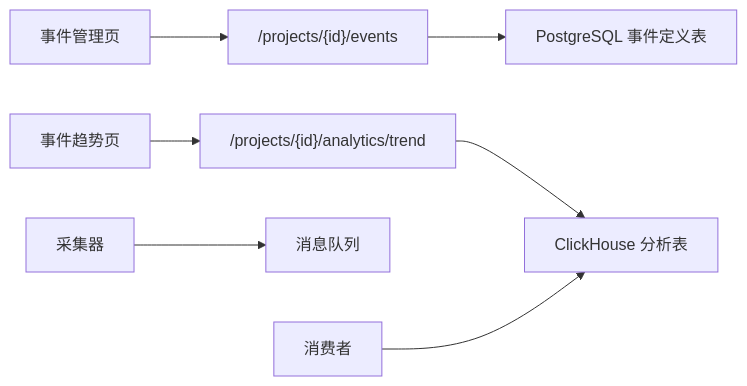
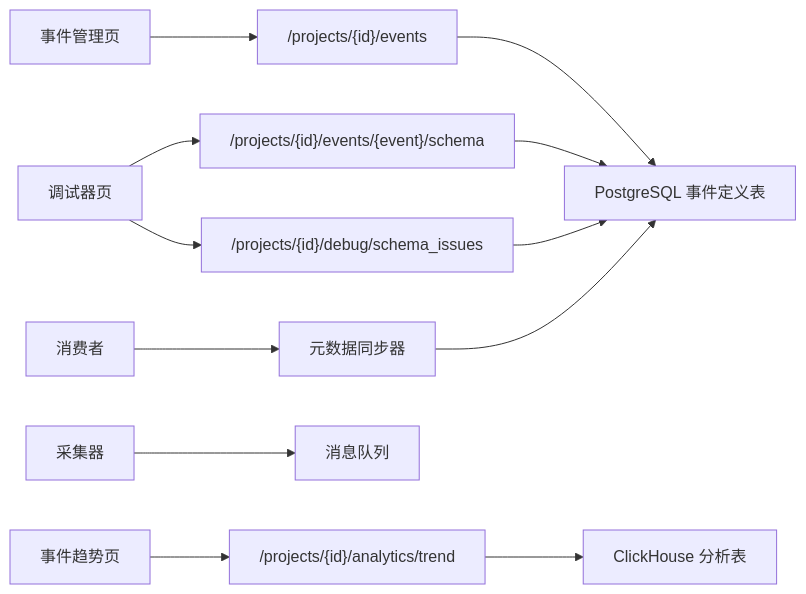
One commit to zhen-zhong/AeroLog changed diagram 11 of 11 in .qoder/repowiki/zh/content/Web控制台/事件管理功能.md. Above: the diagram before and after it, drawn with Mermaid. The commit also changed other lines of this file and 130 other files, not shown here.

````diff
--- a/.qoder/repowiki/zh/content/Web控制台/事件管理功能.md
+++ b/.qoder/repowiki/zh/content/Web控制台/事件管理功能.md
@@ -314,9 +488,14 @@
 ```mermaid
 graph LR
 WEB_ADMIN["事件管理页"] --> API_LIST["/projects/{id}/events"]
 WEB_CONSOLE_EVENT["事件趋势页"] --> API_TREND["/projects/{id}/analytics/trend"]
+WEB_CONSOLE_DEBUGGER["调试器页"] --> API_SCHEMA["/projects/{id}/events/{event}/schema"]
+WEB_CONSOLE_DEBUGGER --> API_SCHEMA_ISSUES["/projects/{id}/debug/schema_issues"]
 API_LIST --> PG["PostgreSQL 事件定义表"]
+API_SCHEMA --> PG
+API_SCHEMA_ISSUES --> PG
 API_TREND --> CH["ClickHouse 分析表"]
 COLLECTOR["采集器"] --> MQ["消息队列"]
-CONSUMER["消费者"] --> CH
+CONSUMER["消费者"] --> SYNCER["元数据同步器"]
+SYNCER --> PG
 ```
````
